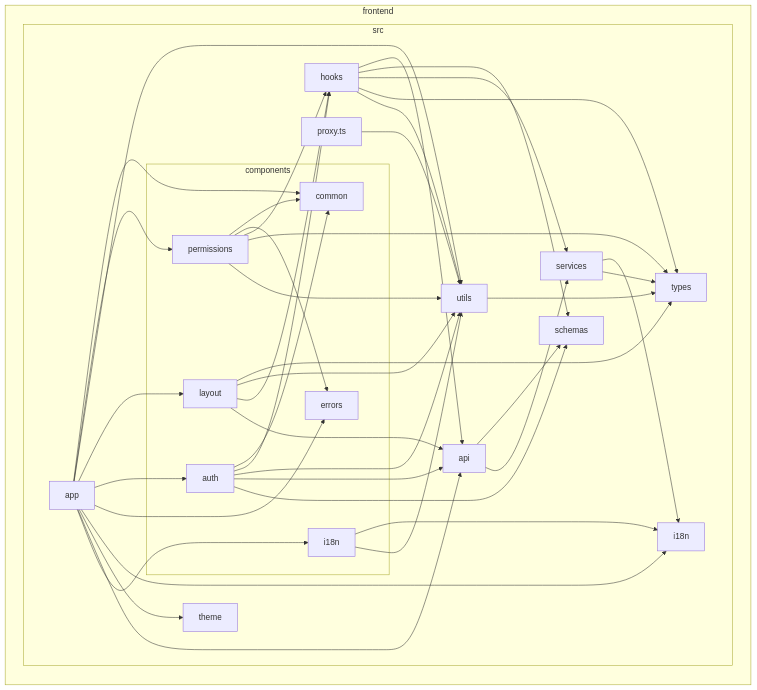
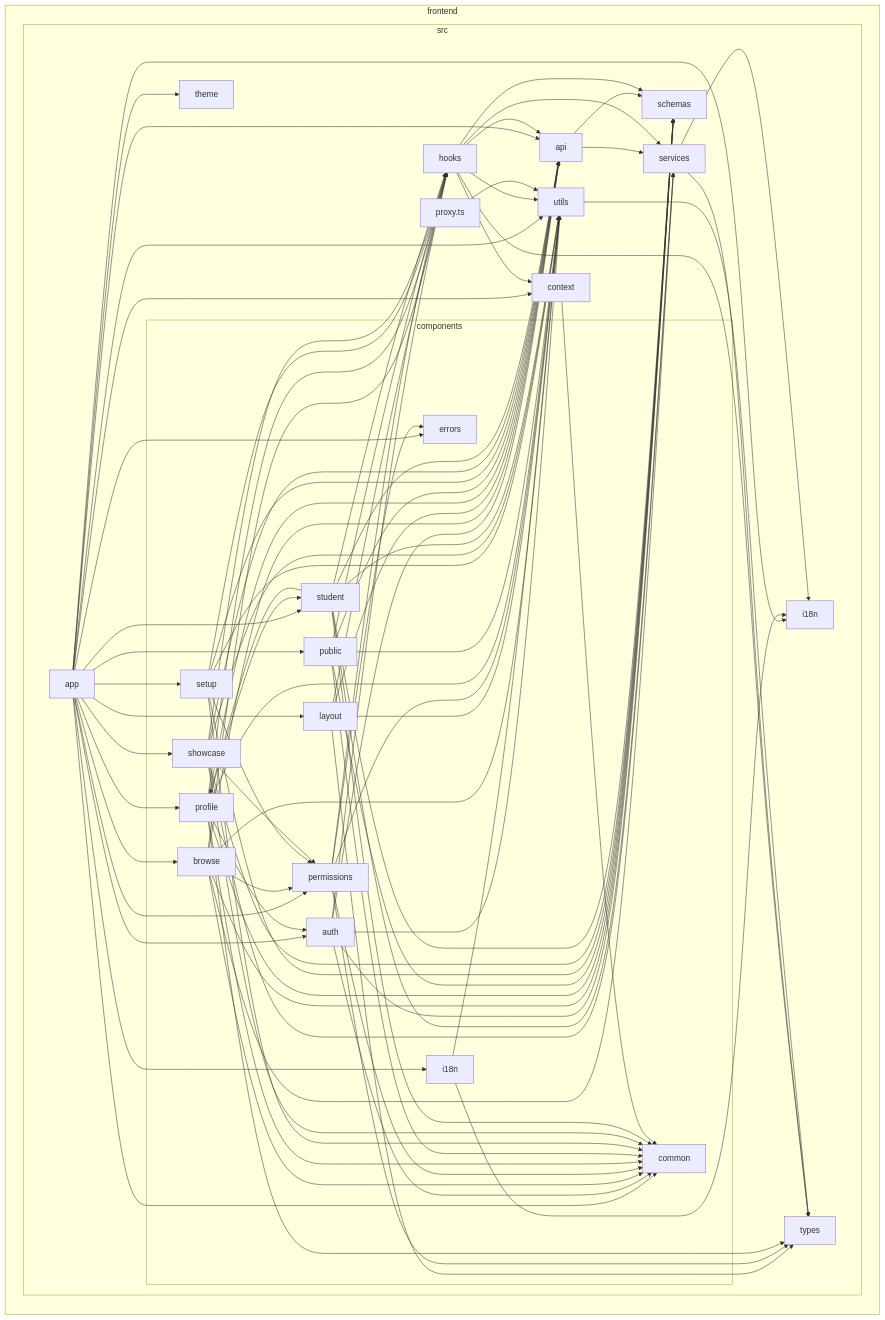
Before and after one commit to Yazdani1/Ed-Tech-Learning-Platforms: the diagram in docs/dependency-graph.md, drawn with Mermaid. The commit also changed 109 other files, not shown here.

```diff
--- a/docs/dependency-graph.md
+++ b/docs/dependency-graph.md
@@ -14,12 +14,19 @@
     frontend_src_app["app"]
     subgraph frontend_src_components["components"]
       frontend_src_components_auth["auth"]
+      frontend_src_components_browse["browse"]
       frontend_src_components_common["common"]
       frontend_src_components_errors["errors"]
       frontend_src_components_i18n["i18n"]
       frontend_src_components_layout["layout"]
       frontend_src_components_permissions["permissions"]
+      frontend_src_components_profile["profile"]
+      frontend_src_components_public["public"]
+      frontend_src_components_setup["setup"]
+      frontend_src_components_showcase["showcase"]
+      frontend_src_components_student["student"]
     end
+    frontend_src_context["context"]
     frontend_src_hooks["hooks"]
     frontend_src_i18n["i18n"]
     frontend_src_proxy_ts["proxy.ts"]
@@ -32,32 +39,81 @@
 end
 frontend_src_api-->frontend_src_schemas
 frontend_src_api-->frontend_src_services
+frontend_src_app-->frontend_src_components_browse
+frontend_src_app-->frontend_src_components_public
+frontend_src_app-->frontend_src_components_setup
 frontend_src_app-->frontend_src_components_common
 frontend_src_app-->frontend_src_components_permissions
 frontend_src_app-->frontend_src_utils
+frontend_src_app-->frontend_src_components_showcase
 frontend_src_app-->frontend_src_components_layout
+frontend_src_app-->frontend_src_components_profile
 frontend_src_app-->frontend_src_components_auth
 frontend_src_app-->frontend_src_components_errors
 frontend_src_app-->frontend_src_i18n
 frontend_src_app-->frontend_src_theme
 frontend_src_app-->frontend_src_api
 frontend_src_app-->frontend_src_components_i18n
+frontend_src_app-->frontend_src_context
+frontend_src_app-->frontend_src_components_student
 frontend_src_components_auth-->frontend_src_components_common
 frontend_src_components_auth-->frontend_src_hooks
 frontend_src_components_auth-->frontend_src_utils
 frontend_src_components_auth-->frontend_src_api
 frontend_src_components_auth-->frontend_src_schemas
+frontend_src_components_browse-->frontend_src_api
+frontend_src_components_browse-->frontend_src_hooks
+frontend_src_components_browse-->frontend_src_schemas
+frontend_src_components_browse-->frontend_src_components_common
+frontend_src_components_browse-->frontend_src_utils
+frontend_src_components_browse-->frontend_src_components_permissions
+frontend_src_components_browse-->frontend_src_services
 frontend_src_components_i18n-->frontend_src_i18n
 frontend_src_components_i18n-->frontend_src_utils
 frontend_src_components_layout-->frontend_src_types
 frontend_src_components_layout-->frontend_src_utils
 frontend_src_components_layout-->frontend_src_hooks
 frontend_src_components_layout-->frontend_src_api
+frontend_src_components_permissions-->frontend_src_hooks
+frontend_src_components_permissions-->frontend_src_types
 frontend_src_components_permissions-->frontend_src_components_common
 frontend_src_components_permissions-->frontend_src_components_errors
-frontend_src_components_permissions-->frontend_src_hooks
-frontend_src_components_permissions-->frontend_src_types
 frontend_src_components_permissions-->frontend_src_utils
+frontend_src_components_profile-->frontend_src_api
+frontend_src_components_profile-->frontend_src_components_common
+frontend_src_components_profile-->frontend_src_hooks
+frontend_src_components_profile-->frontend_src_components_student
+frontend_src_components_profile-->frontend_src_schemas
+frontend_src_components_profile-->frontend_src_components_auth
+frontend_src_components_profile-->frontend_src_types
+frontend_src_components_profile-->frontend_src_utils
+frontend_src_components_public-->frontend_src_api
+frontend_src_components_public-->frontend_src_hooks
+frontend_src_components_public-->frontend_src_utils
+frontend_src_components_public-->frontend_src_components_common
+frontend_src_components_public-->frontend_src_schemas
+frontend_src_components_setup-->frontend_src_components_common
+frontend_src_components_setup-->frontend_src_components_permissions
+frontend_src_components_setup-->frontend_src_schemas
+frontend_src_components_setup-->frontend_src_utils
+frontend_src_components_setup-->frontend_src_api
+frontend_src_components_setup-->frontend_src_hooks
+frontend_src_components_showcase-->frontend_src_components_common
+frontend_src_components_showcase-->frontend_src_components_permissions
+frontend_src_components_showcase-->frontend_src_utils
+frontend_src_components_showcase-->frontend_src_api
+frontend_src_components_showcase-->frontend_src_hooks
+frontend_src_components_showcase-->frontend_src_schemas
+frontend_src_components_showcase-->frontend_src_services
+frontend_src_components_student-->frontend_src_schemas
+frontend_src_components_student-->frontend_src_api
+frontend_src_components_student-->frontend_src_components_common
+frontend_src_components_student-->frontend_src_hooks
+frontend_src_components_student-->frontend_src_components_profile
+frontend_src_components_student-->frontend_src_utils
+frontend_src_components_student-->frontend_src_services
+frontend_src_context-->frontend_src_components_common
+frontend_src_hooks-->frontend_src_context
 frontend_src_hooks-->frontend_src_api
 frontend_src_hooks-->frontend_src_schemas
 frontend_src_hooks-->frontend_src_services
```
